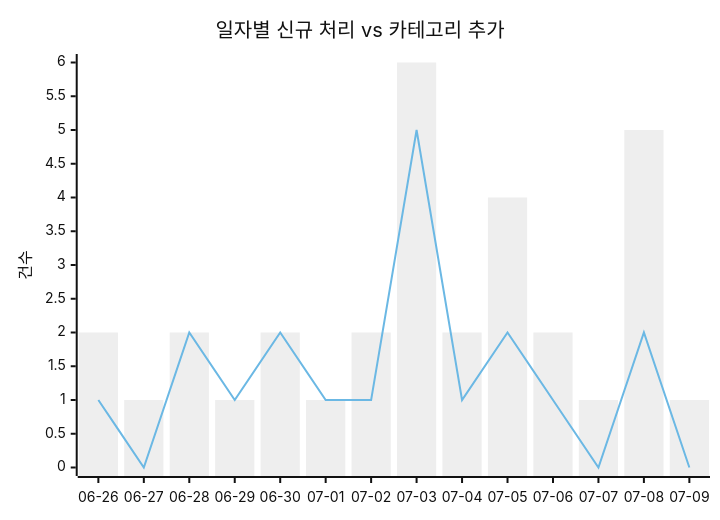
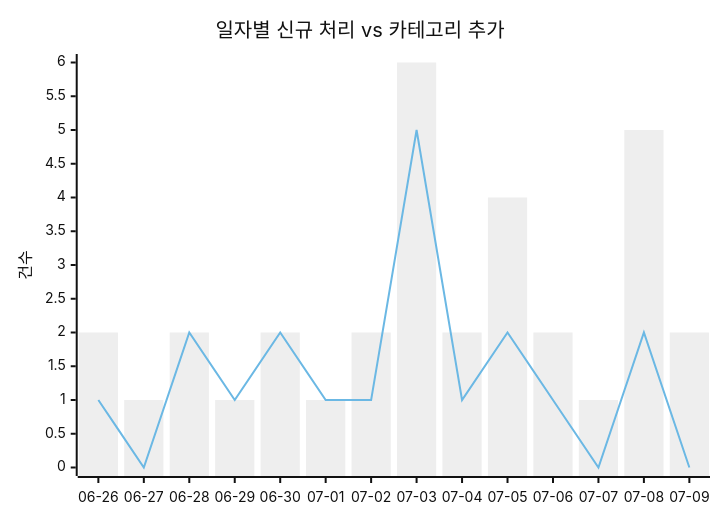
The first of 2 diagrams in docs/trends.md (J-nowcow/awesome-korean-agent-skills), drawn with Mermaid (neutral theme) before and after one commit. The commit also changed other lines of this file and 2 other files, not shown here.

````diff
--- a/docs/trends.md
+++ b/docs/trends.md
@@ -32,8 +32,8 @@
 ```mermaid
 xychart-beta
     title "일자별 신규 처리 vs 카테고리 추가"
     x-axis ["06-26","06-27","06-28","06-29","06-30","07-01","07-02","07-03","07-04","07-05","07-06","07-07","07-08","07-09"]
     y-axis "건수"
-    bar [2,1,2,1,2,1,2,6,2,4,2,1,5,1]
+    bar [2,1,2,1,2,1,2,6,2,4,2,1,5,2]
     line [1,0,2,1,2,1,1,5,1,2,1,0,2,0]
 ```
````
